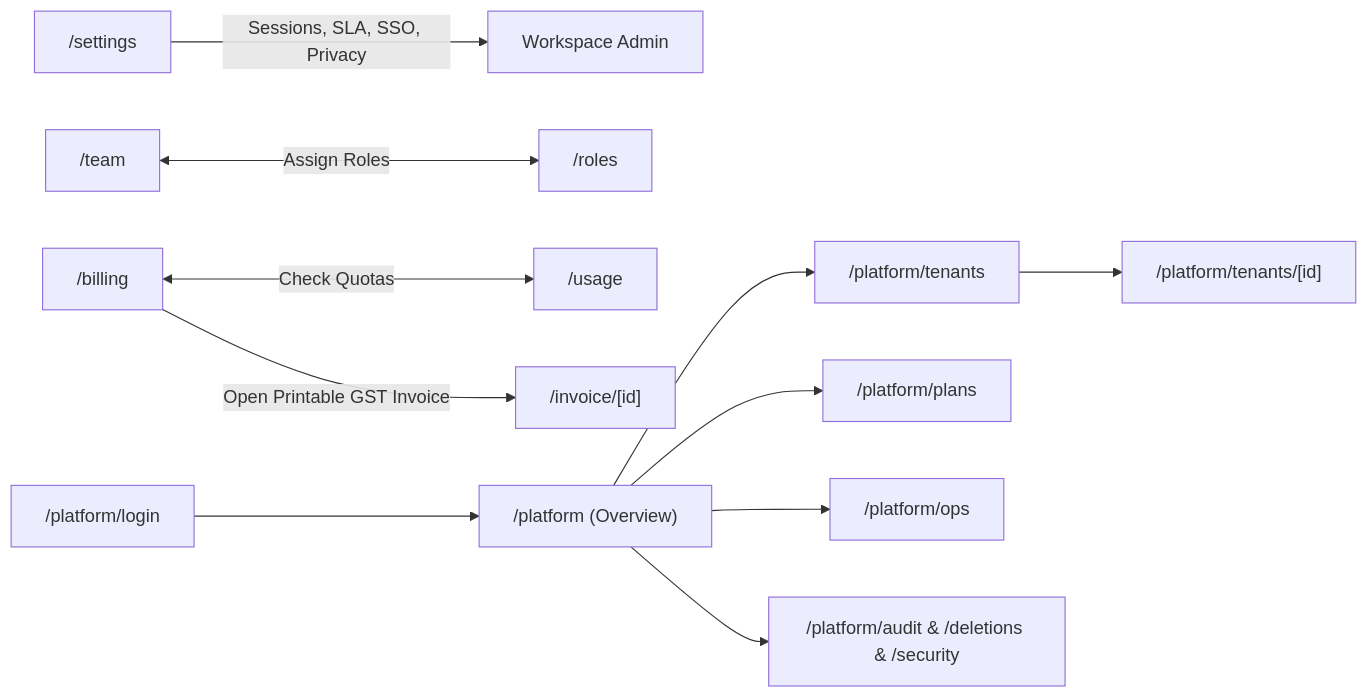
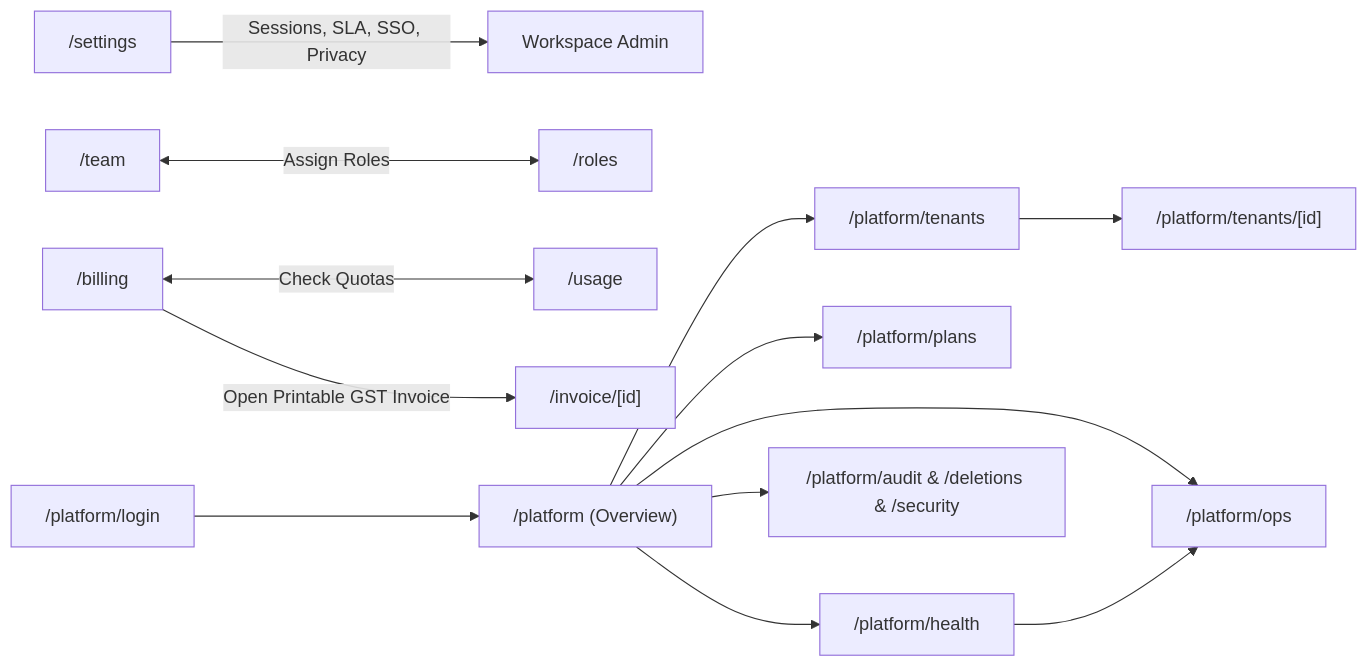
The fourth of 4 diagrams in docs/screens/README.md (vikasrana07/ai-leadpilot), drawn with Mermaid before and after one commit. The commit also changed other lines of this file and 7 other files, not shown here.

````diff
--- a/docs/screens/README.md
+++ b/docs/screens/README.md
@@ -68,12 +69,13 @@
 ```mermaid
 flowchart LR
   Settings["/settings"] -->|Sessions, SLA, SSO, Privacy| Admin["Workspace Admin"]
   Team["/team"] <-->|Assign Roles| Roles["/roles"]
   Billing["/billing"] <-->|Check Quotas| Usage["/usage"]
   Billing -->|Open Printable GST Invoice| Invoice["/invoice/[id]"]
   PlatformLogin["/platform/login"] --> Platform["/platform (Overview)"]
   Platform --> Tenants["/platform/tenants"] --> TenantDetail["/platform/tenants/[id]"]
   Platform --> Plans["/platform/plans"]
   Platform --> Ops["/platform/ops"]
+  Platform --> Health["/platform/health"] --> Ops
   Platform --> PlatAudit["/platform/audit & /deletions & /security"]
 ```
````
